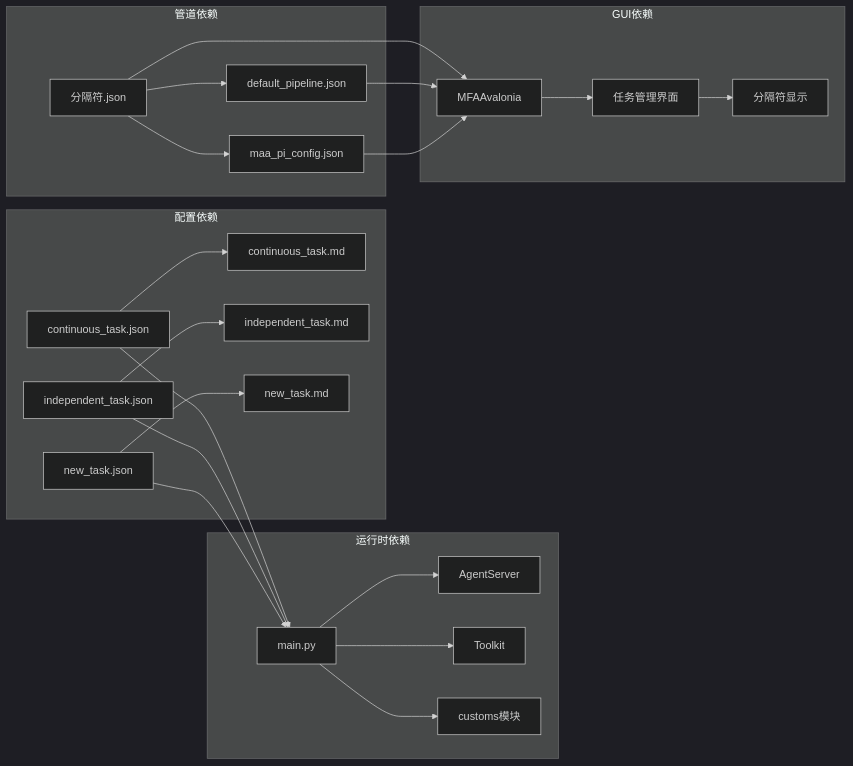
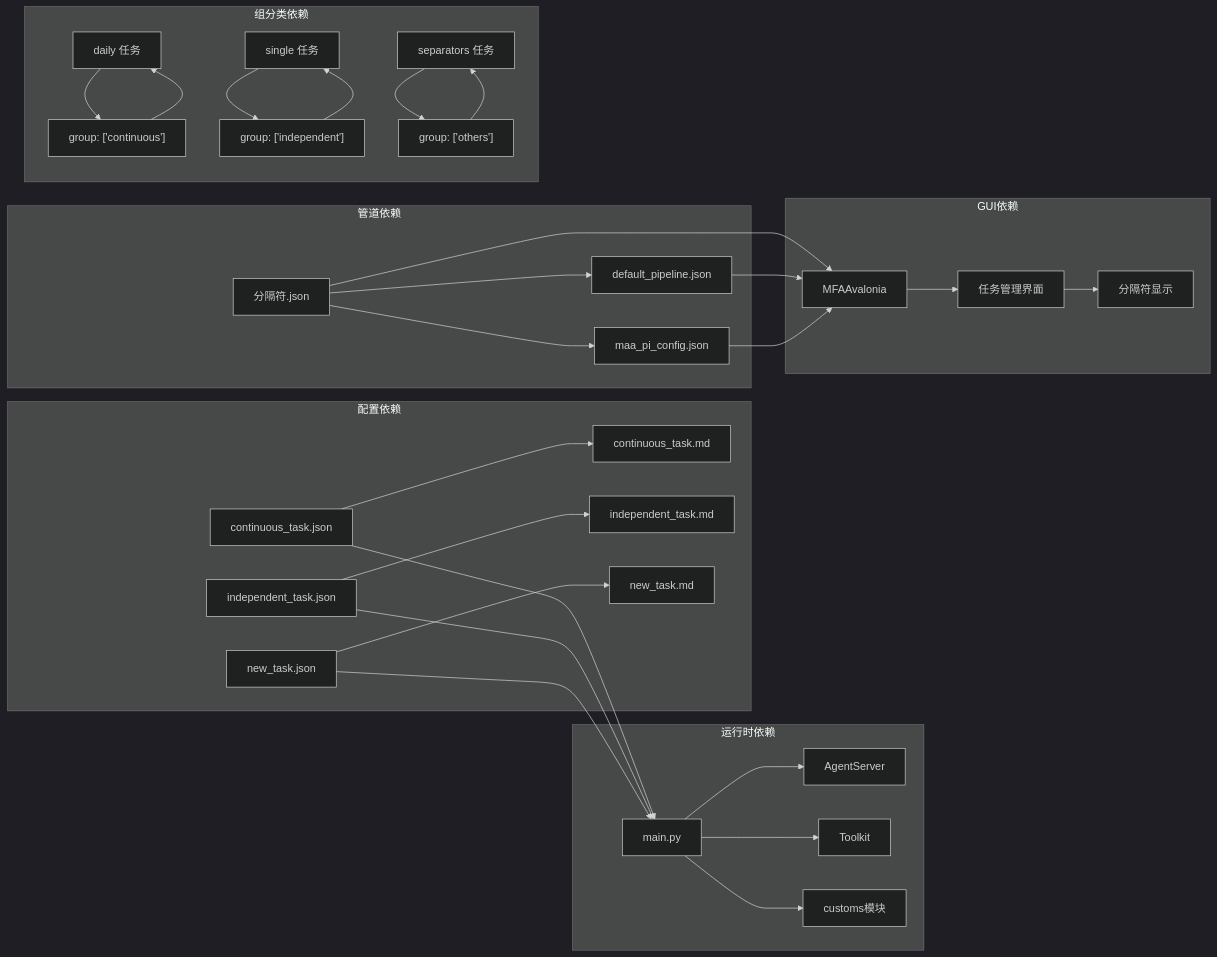
One commit to kqcoxn/MaaDuDuL changed the seventh of 7 diagrams in .qoder/repowiki/zh/content/Separator Tasks.md. Above: the diagram before and after it, drawn with Mermaid (dark theme). The commit also changed other lines of this file and 12 other files, not shown here.

````diff
--- a/.qoder/repowiki/zh/content/Separator Tasks.md
+++ b/.qoder/repowiki/zh/content/Separator Tasks.md
@@ -311,27 +340,35 @@
 ```mermaid
 graph LR
 subgraph "配置依赖"
 A[continuous_task.json] --> B[continuous_task.md]
 C[independent_task.json] --> D[independent_task.md]
 E[new_task.json] --> F[new_task.md]
 end
 subgraph "管道依赖"
 G[分隔符.json] --> H[default_pipeline.json]
 G --> I[maa_pi_config.json]
 end
 subgraph "运行时依赖"
 J[main.py] --> K[AgentServer]
 J --> L[Toolkit]
 J --> M[customs模块]
 end
 subgraph "GUI依赖"
 N[MFAAvalonia] --> O[任务管理界面]
 O --> P[分隔符显示]
 end
+subgraph "组分类依赖"
+Q[daily 任务] --> R["group: ['continuous']"]
+S[single 任务] --> T["group: ['independent']"]
+U[separators 任务] --> V["group: ['others']"]
+end
 A --> J
 C --> J
 E --> J
 G --> N
 H --> N
 I --> N
+R --> Q
+T --> S
+V --> U
 ```
````
